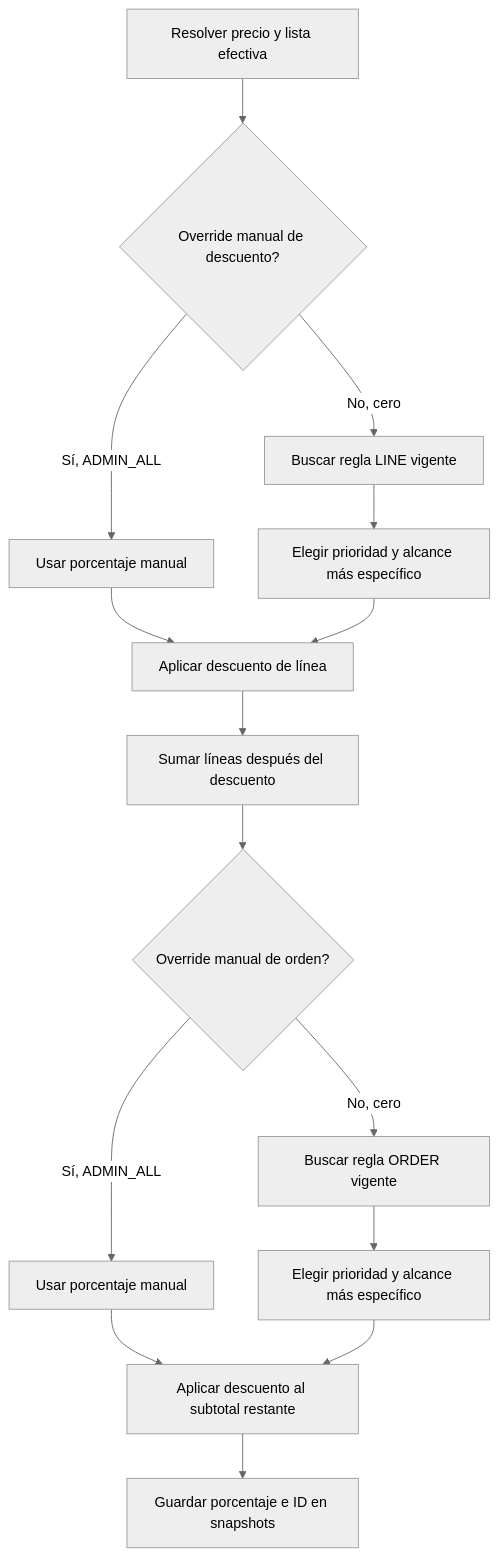
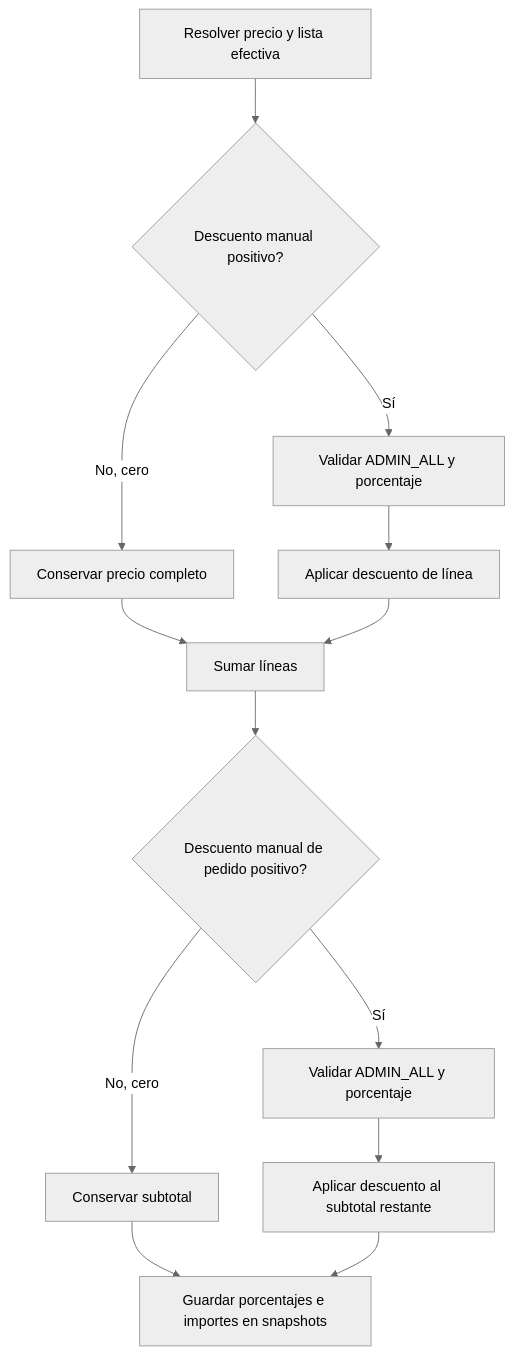
One commit to Martinrc93/distribuidoraCore changed the diagram in docs/diagrams/catalog/flow-discount-calculation.md. Above: the diagram before and after it, drawn with Mermaid (neutral theme). The commit also changed other lines of this file and 79 other files, not shown here.

````diff
--- a/docs/diagrams/catalog/flow-discount-calculation.md
+++ b/docs/diagrams/catalog/flow-discount-calculation.md
@@ -5,17 +5,15 @@
 ```mermaid
 flowchart TD
-    A[Resolver precio y lista efectiva] --> B{Override manual de descuento?}
-    B -->|Sí, ADMIN_ALL| C[Usar porcentaje manual]
-    B -->|No, cero| D[Buscar regla LINE vigente]
-    D --> E[Elegir prioridad y alcance más específico]
-    C --> F[Aplicar descuento de línea]
+    A[Resolver precio y lista efectiva] --> B{Descuento manual positivo?}
+    B -->|Sí| C[Validar ADMIN_ALL y porcentaje]
+    B -->|No, cero| D[Conservar precio completo]
+    C --> E[Aplicar descuento de línea]
+    D --> F[Sumar líneas]
     E --> F
-    F --> G[Sumar líneas después del descuento]
-    G --> H{Override manual de orden?}
-    H -->|Sí, ADMIN_ALL| I[Usar porcentaje manual]
-    H -->|No, cero| J[Buscar regla ORDER vigente]
-    J --> K[Elegir prioridad y alcance más específico]
-    I --> L[Aplicar descuento al subtotal restante]
-    K --> L
-    L --> M[Guardar porcentaje e ID en snapshots]
+    F --> G{Descuento manual de pedido positivo?}
+    G -->|Sí| H[Validar ADMIN_ALL y porcentaje]
+    G -->|No, cero| I[Conservar subtotal]
+    H --> J[Aplicar descuento al subtotal restante]
+    I --> K[Guardar porcentajes e importes en snapshots]
+    J --> K
 ```
````
